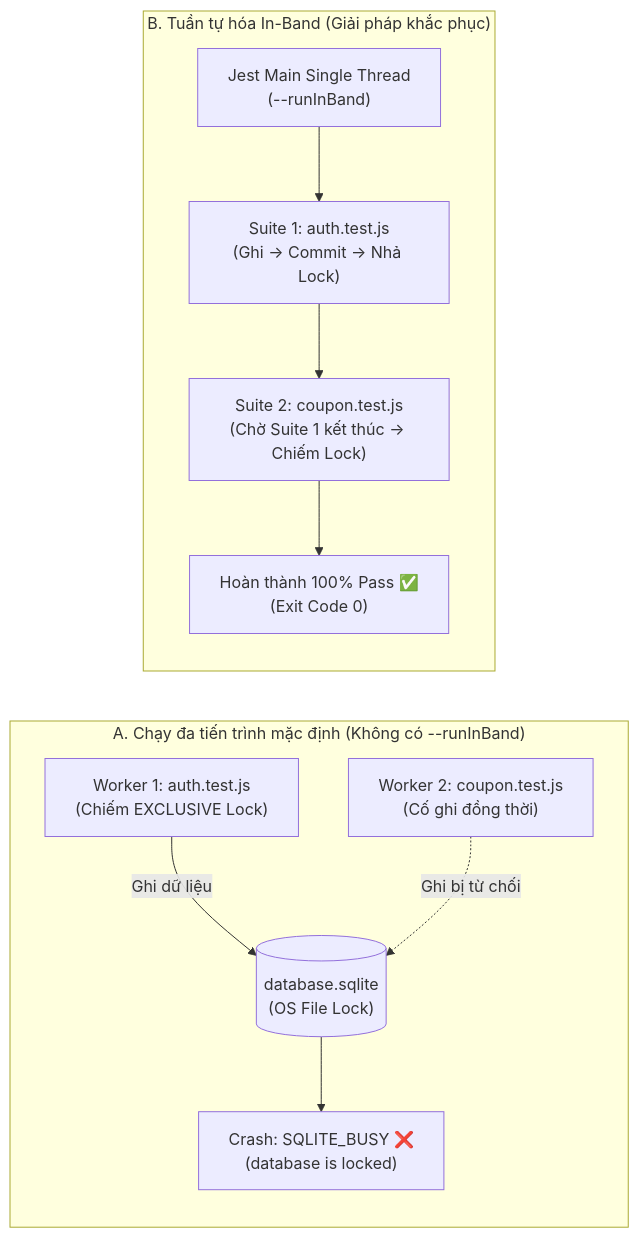
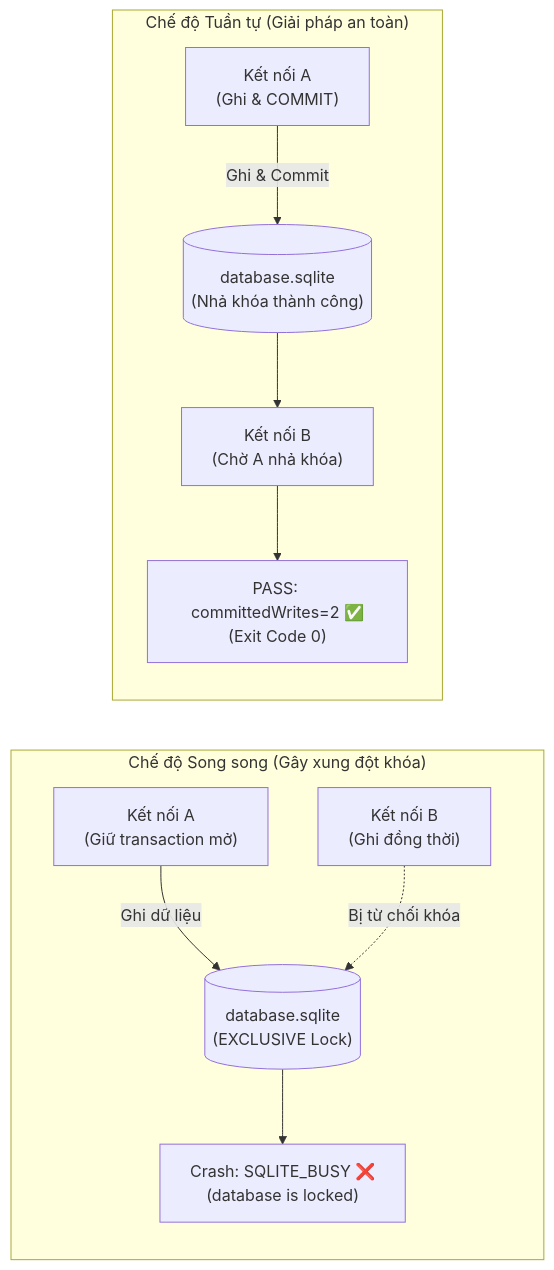
Before and after one commit to SoftwareTesting-Group13/eshop-sut-seminar: the third of 3 diagrams in docs/Report.md, drawn with Mermaid. The commit also changed other lines of this file and 9 other files, not shown here.

````diff
--- a/docs/Report.md
+++ b/docs/Report.md
@@ -409,24 +430,24 @@
 ```mermaid
 flowchart LR
-    subgraph MultiWorkerPool ["A. Chạy đa tiến trình mặc định (Không có --runInBand)"]
-        W1["Worker 1: auth.test.js<br/>(Chiếm EXCLUSIVE Lock)"]
-        W2["Worker 2: coupon.test.js<br/>(Cố ghi đồng thời)"]
-        DBFile[("database.sqlite<br/>(OS File Lock)")]
+    subgraph ParallelContention ["Chế độ Song song (Gây xung đột khóa)"]
+        ConnA1["Kết nối A<br/>(Giữ transaction mở)"]
+        ConnB1["Kết nối B<br/>(Ghi đồng thời)"]
+        DB1[("database.sqlite<br/>(EXCLUSIVE Lock)")]
         Crash["Crash: SQLITE_BUSY ❌<br/>(database is locked)"]
 
-        W1 -->|Ghi dữ liệu| DBFile
-        W2 -.->|Ghi bị từ chối| DBFile
-        DBFile --> Crash
+        ConnA1 -->|Ghi dữ liệu| DB1
+        ConnB1 -.->|Bị từ chối khóa| DB1
+        DB1 --> Crash
     end
 
-    subgraph SingleThreadInBand ["B. Tuần tự hóa In-Band (Giải pháp khắc phục)"]
-        MainProcess["Jest Main Single Thread<br/>(--runInBand)"]
-        Suite1["Suite 1: auth.test.js<br/>(Ghi -> Commit -> Nhả Lock)"]
-        Suite2["Suite 2: coupon.test.js<br/>(Chờ Suite 1 kết thúc -> Chiếm Lock)"]
-        PassClean["Hoàn thành 100% Pass ✅<br/>(Exit Code 0)"]
+    subgraph SerialExecution ["Chế độ Tuần tự (Giải pháp an toàn)"]
+        ConnA2["Kết nối A<br/>(Ghi & COMMIT)"]
+        ConnB2["Kết nối B<br/>(Chờ A nhả khóa)"]
+        DB2[("database.sqlite<br/>(Nhả khóa thành công)")]
+        Success["PASS: committedWrites=2 ✅<br/>(Exit Code 0)"]
 
-        MainProcess --> Suite1
-        Suite1 --> Suite2
-        Suite2 --> PassClean
+        ConnA2 -->|Ghi & Commit| DB2
+        DB2 --> ConnB2
+        ConnB2 --> Success
     end
 ```
````
